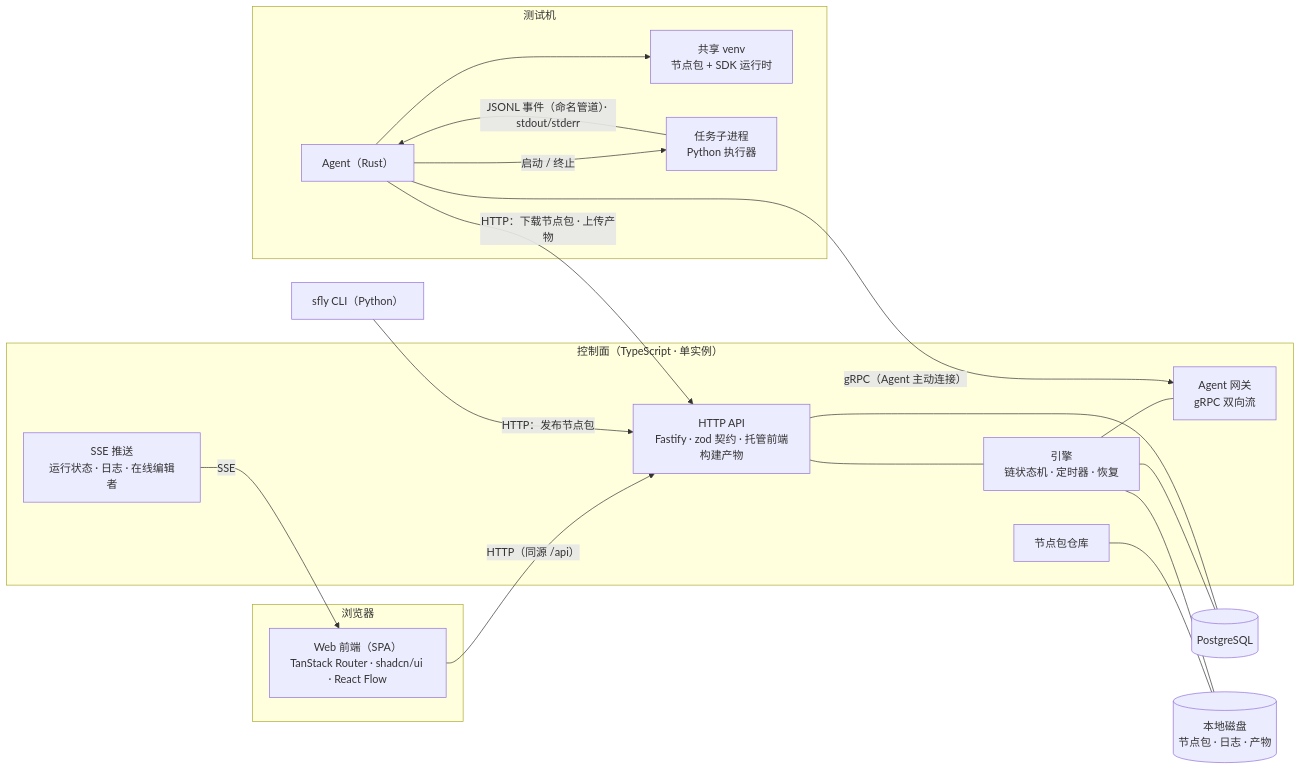
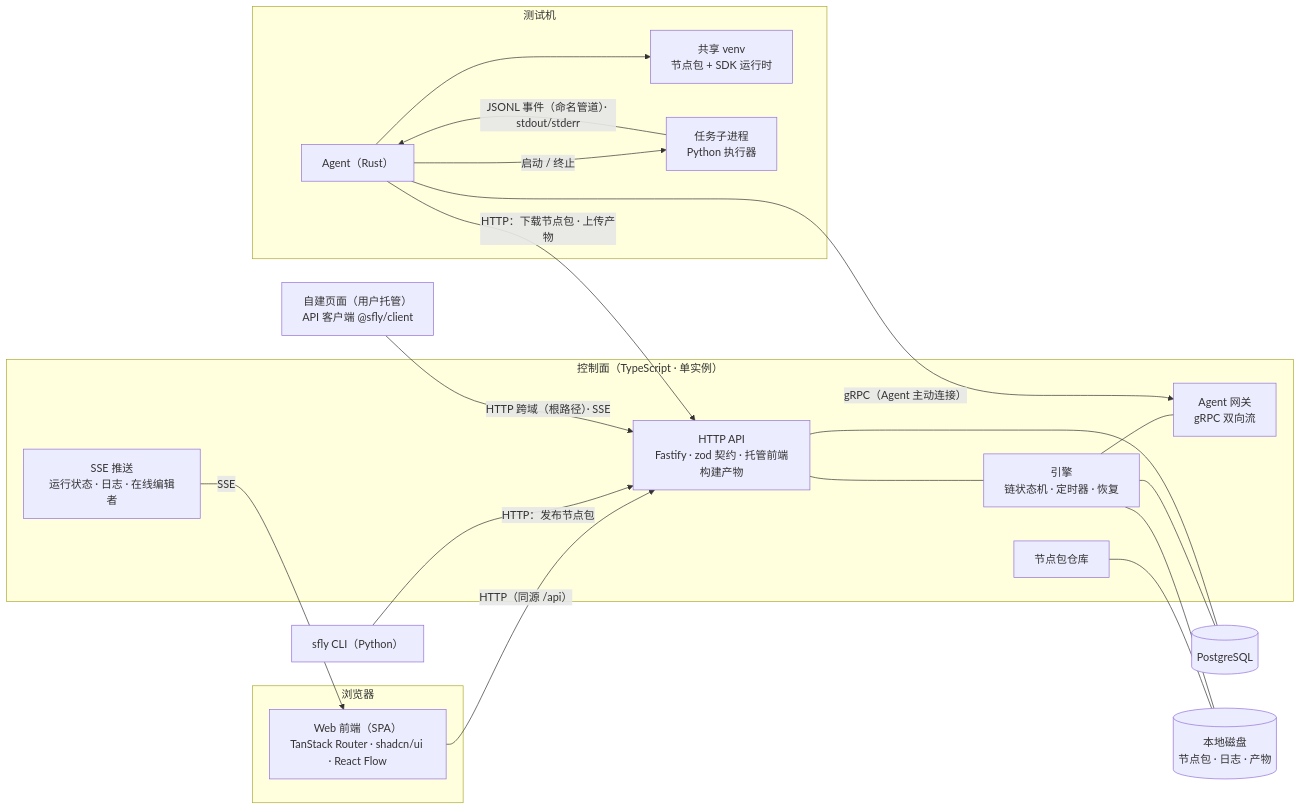
One commit to x7yue/sfly changed the first of 2 diagrams in docs/ARCHITECTURE.md. Above: the diagram before and after it, drawn with Mermaid. The commit also changed other lines of this file and 1 other file, not shown here.

Commit message:
架构文档写明开放的 HTTP API 和 API 客户端：范围、仓库结构、契约的又一份生成物、安装包与跨域的环境变量

````diff
--- a/docs/ARCHITECTURE.md
+++ b/docs/ARCHITECTURE.md
@@ -35,36 +37,38 @@
 ```mermaid
 flowchart LR
   subgraph Browser["浏览器"]
     WEB["Web 前端（SPA）<br/>TanStack Router · shadcn/ui · React Flow"]
   end
   subgraph CP["控制面（TypeScript · 单实例）"]
     API["HTTP API<br/>Fastify · zod 契约 · 托管前端构建产物"]
     SSE["SSE 推送<br/>运行状态 · 日志 · 在线编辑者"]
     ENG["引擎<br/>链状态机 · 定时器 · 恢复"]
     GW["Agent 网关<br/>gRPC 双向流"]
     REPO["节点包仓库"]
   end
   PG[("PostgreSQL")]
   DISK[("本地磁盘<br/>节点包 · 日志 · 产物")]
   subgraph Host["测试机"]
     AG["Agent（Rust）"]
     VENV["共享 venv<br/>节点包 + SDK 运行时"]
     PROC["任务子进程<br/>Python 执行器"]
   end
   CLI["sfly CLI（Python）"]
+  PAGE["自建页面（用户托管）<br/>API 客户端 @sfly/client"]
 
   WEB -- "HTTP（同源 /api）" --> API
   SSE -- SSE --> WEB
   API --- ENG
   ENG --- GW
   ENG --- PG
   API --- PG
   REPO --- DISK
   ENG --- DISK
   AG -- "gRPC（Agent 主动连接）" --> GW
   AG -- "HTTP：下载节点包 · 上传产物" --> API
   AG --> VENV
   AG -- "启动 / 终止" --> PROC
   PROC -- "JSONL 事件（命名管道）· stdout/stderr" --> AG
   CLI -- "HTTP：发布节点包" --> API
+  PAGE -- "HTTP 跨域（根路径）· SSE" --> API
 ```
````
